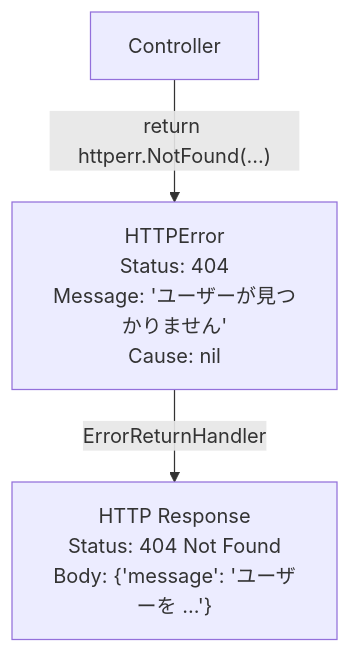
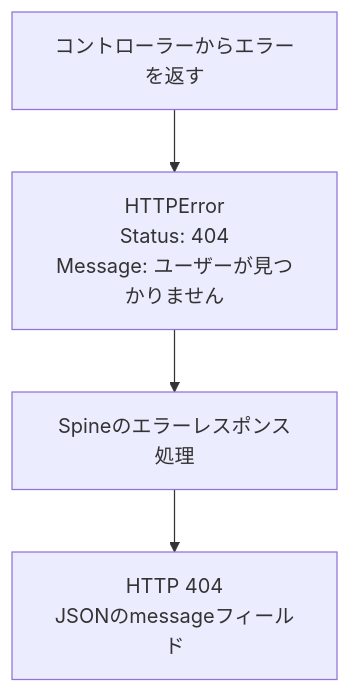
One commit to NARUBROWN/spine-site changed the diagram in docs/ja/learn/core-concepts/httperr.md. Above: the diagram before and after it, drawn with Mermaid. The commit also changed other lines of this file and 158 other files, not shown here.

````diff
--- a/docs/ja/learn/core-concepts/httperr.md
+++ b/docs/ja/learn/core-concepts/httperr.md
@@ -13,11 +44,6 @@
 ```mermaid
 graph TD
-    Controller["Controller"]
-    Controller -- "return httperr.NotFound(...)" --> HTTPError
-    
-    HTTPError["HTTPError<br/>Status: 404<br/>Message: 'ユーザーが見つかりません'<br/>Cause: nil"]
-    
-    HTTPError -- ErrorReturnHandler --> Response
-    
-    Response["HTTP Response<br/>Status: 404 Not Found<br/>Body: {'message': 'ユーザーを ...'}"]
+    Controller["コントローラーからエラーを返す"] --> Error["HTTPError<br/>Status: 404<br/>Message: ユーザーが見つかりません"]
+    Error --> Handler["Spineのエラーレスポンス処理"]
+    Handler --> Response["HTTP 404<br/>JSONのmessageフィールド"]
 ```
````
